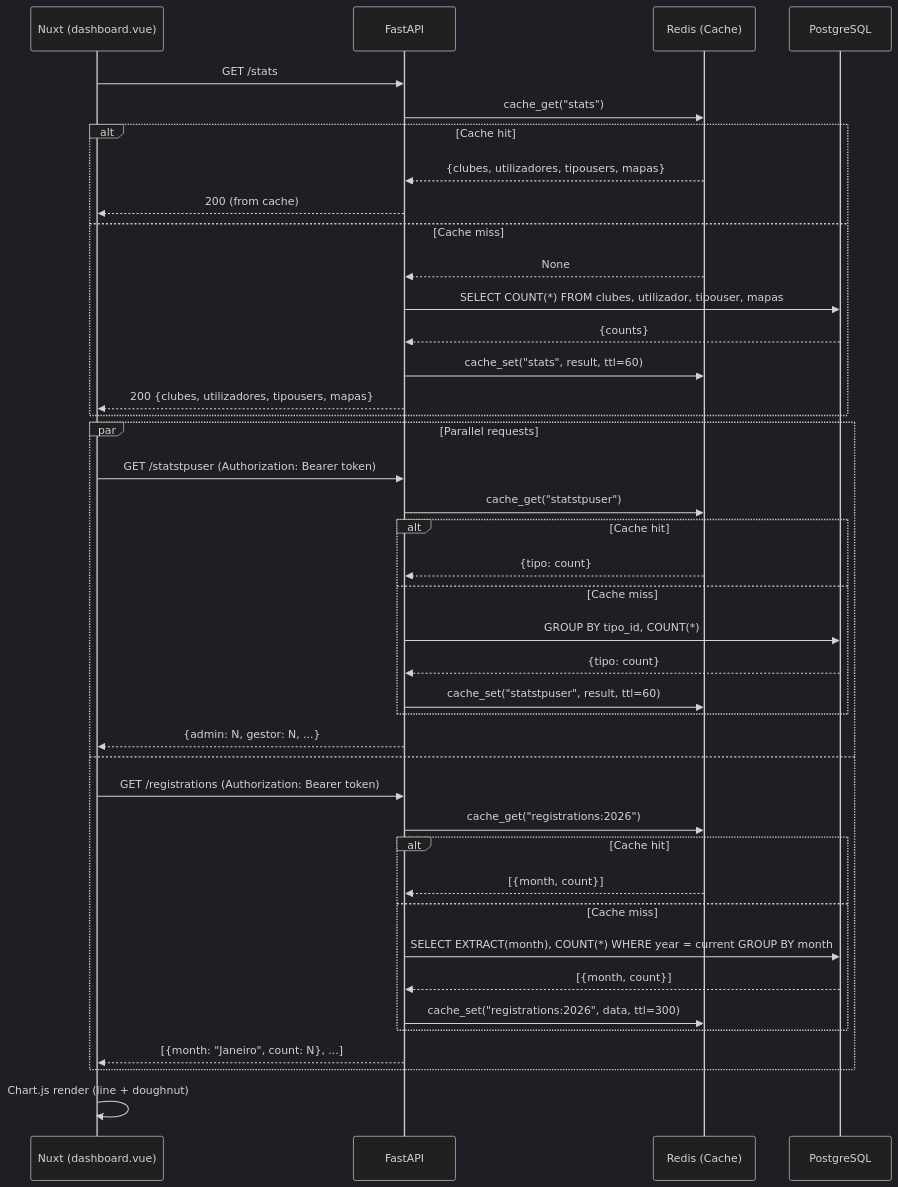
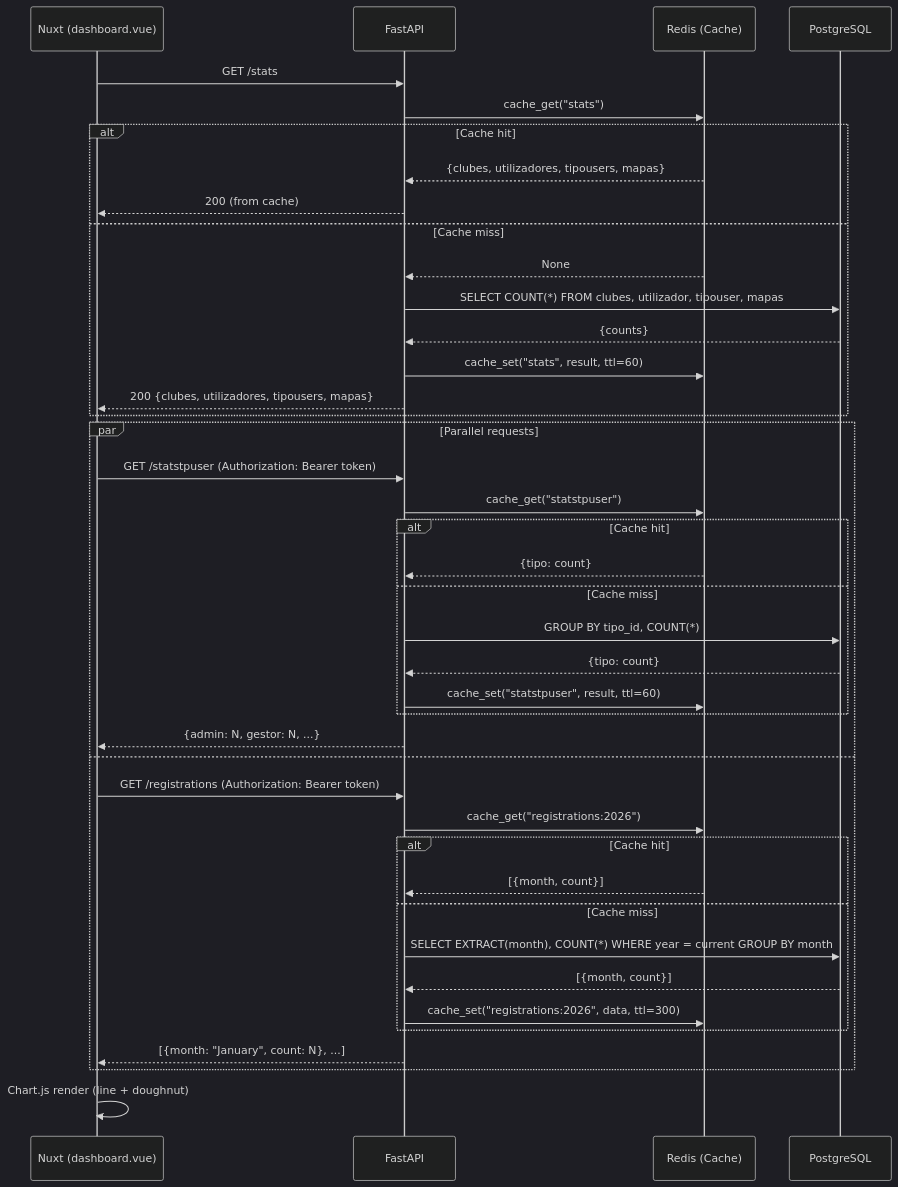
One commit to Wand-DenaXy/-Manueli-s-Clubes changed the tenth of 11 diagrams in README.md. Above: the diagram before and after it, drawn with Mermaid (dark theme). The commit also changed other lines of this file and 1 other file, not shown here.

````diff
--- a/README.md
+++ b/README.md
@@ -654,46 +654,46 @@
 ```mermaid
 sequenceDiagram
     participant F as Nuxt (dashboard.vue)
     participant API as FastAPI
     participant C as Redis (Cache)
     participant DB as PostgreSQL
 
     F->>API: GET /stats
     API->>C: cache_get("stats")
     alt Cache hit
         C-->>API: {clubes, utilizadores, tipousers, mapas}
         API-->>F: 200 (from cache)
     else Cache miss
         C-->>API: None
         API->>DB: SELECT COUNT(*) FROM clubes, utilizador, tipouser, mapas
         DB-->>API: {counts}
         API->>C: cache_set("stats", result, ttl=60)
         API-->>F: 200 {clubes, utilizadores, tipousers, mapas}
     end
 
     par Parallel requests
         F->>API: GET /statstpuser (Authorization: Bearer token)
         API->>C: cache_get("statstpuser")
         alt Cache hit
             C-->>API: {tipo: count}
         else Cache miss
             API->>DB: GROUP BY tipo_id, COUNT(*)
             DB-->>API: {tipo: count}
             API->>C: cache_set("statstpuser", result, ttl=60)
         end
         API-->>F: {admin: N, gestor: N, ...}
     and
         F->>API: GET /registrations (Authorization: Bearer token)
         API->>C: cache_get("registrations:2026")
         alt Cache hit
             C-->>API: [{month, count}]
         else Cache miss
             API->>DB: SELECT EXTRACT(month), COUNT(*) WHERE year = current GROUP BY month
             DB-->>API: [{month, count}]
             API->>C: cache_set("registrations:2026", data, ttl=300)
         end
-        API-->>F: [{month: "Janeiro", count: N}, ...]
+        API-->>F: [{month: "January", count: N}, ...]
     end
 
     F->>F: Chart.js render (line + doughnut)
 ```
````
